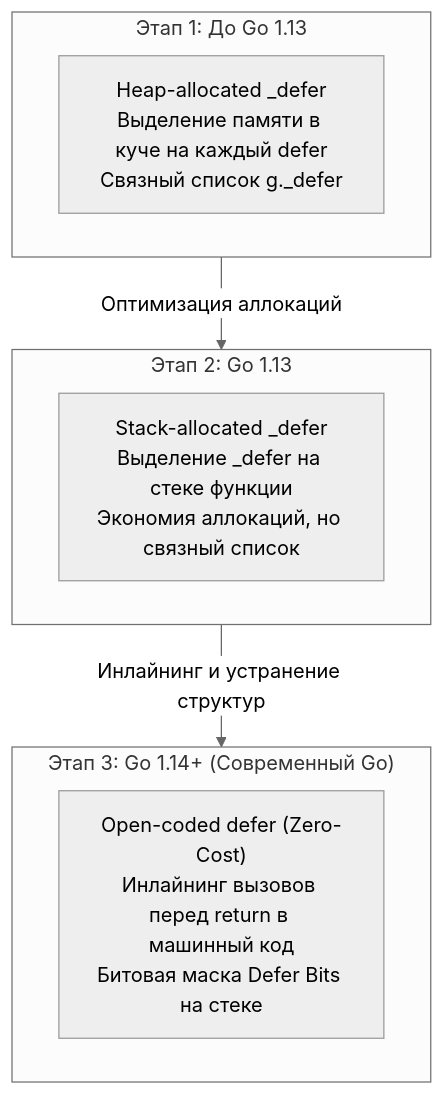
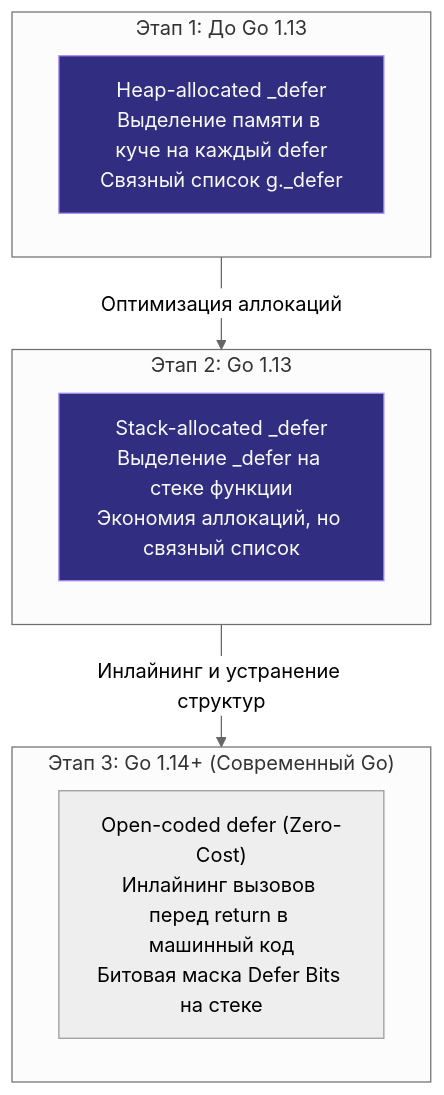
Before and after one commit to UnrealTemplier/go-textbook: the first of 3 diagrams in sources/7. Глубокий Go (Внутреннее устройство)/39. defer, panic и recover под капотом.md, drawn with Mermaid (neutral theme). The commit also changed other lines of this file and 1666 other files, not shown here.

First line of the commit message:
feat(mermaid): add semantic color classDef to 1369 colorless flowchart/graph diagrams

````diff
--- a/sources/7. Глубокий Go (Внутреннее устройство)/39. defer, panic и recover под капотом.md
+++ b/sources/7. Глубокий Go (Внутреннее устройство)/39. defer, panic и recover под капотом.md
@@ -15,17 +15,27 @@
 ```mermaid
 flowchart TD
+    classDef process  fill:#1e293b,stroke:#38bdf8,stroke-width:1px,color:#f8fafc
+    classDef success  fill:#064e3b,stroke:#34d399,stroke-width:1px,color:#f8fafc
+    classDef error    fill:#7f1d1d,stroke:#f87171,stroke-width:1px,color:#f8fafc
+    classDef warning  fill:#78350f,stroke:#fbbf24,stroke-width:1px,color:#f8fafc
+    classDef entry    fill:#1e3a5f,stroke:#38bdf8,stroke-width:2px,color:#f8fafc
+    classDef aux      fill:#334155,stroke:#64748b,stroke-width:1px,color:#f8fafc
+    classDef system   fill:#312e81,stroke:#a78bfa,stroke-width:1px,color:#f8fafc
+    classDef data     fill:#132d29,stroke:#2dd4bf,stroke-width:1px,color:#f8fafc
+    classDef network  fill:#881337,stroke:#fb7185,stroke-width:1px,color:#f8fafc
+    classDef accent   fill:#1e1b4b,stroke:#818cf8,stroke-width:1px,color:#f8fafc
     subgraph E1 ["Этап 1: До Go 1.13"]
-        H["Heap-allocated _defer<br>Выделение памяти в куче на каждый defer<br>Связный список g._defer"]
+        H["Heap-allocated _defer<br>Выделение памяти в куче на каждый defer<br>Связный список g._defer"]:::system
     end
     
     subgraph E2 ["Этап 2: Go 1.13"]
-        S["Stack-allocated _defer<br>Выделение _defer на стеке функции<br>Экономия аллокаций, но связный список"]
+        S["Stack-allocated _defer<br>Выделение _defer на стеке функции<br>Экономия аллокаций, но связный список"]:::system
     end
     
     subgraph E3 ["Этап 3: Go 1.14+ (Современный Go)"]
         O["Open-coded defer (Zero-Cost)<br>Инлайнинг вызовов перед return в машинный код<br>Битовая маска Defer Bits на стеке"]
     end
     
     E1 -->|Оптимизация аллокаций| E2
     E2 -->|Инлайнинг и устранение структур| E3
 ```
````
